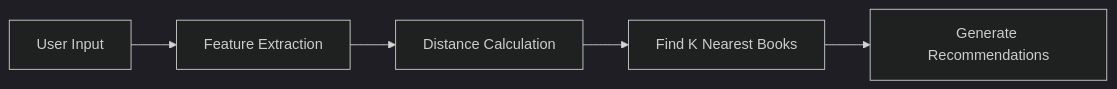
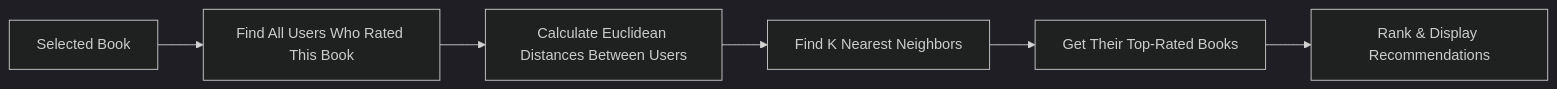
Before and after one commit to fahdahmed10/Machine-Learning-Tasks: the diagram in End_to_End Book recommender system/README.md, drawn with Mermaid (dark theme). The commit also changed other lines of this file, not shown here.

````diff
--- a/End_to_End Book recommender system/README.md
+++ b/End_to_End Book recommender system/README.md
@@ -46,7 +51,8 @@
 ```mermaid
 graph LR
-    A[User Input] --> B[Feature Extraction]
-    B --> C[Distance Calculation]
-    C --> D[Find K Nearest Books]
-    D --> E[Generate Recommendations]
+    A[Selected Book] --> B[Find All Users Who Rated This Book]
+    B --> C[Calculate Euclidean Distances Between Users]
+    C --> D[Find K Nearest Neighbors]
+    D --> E[Get Their Top-Rated Books]
+    E --> F[Rank & Display Recommendations]
 ```
````
